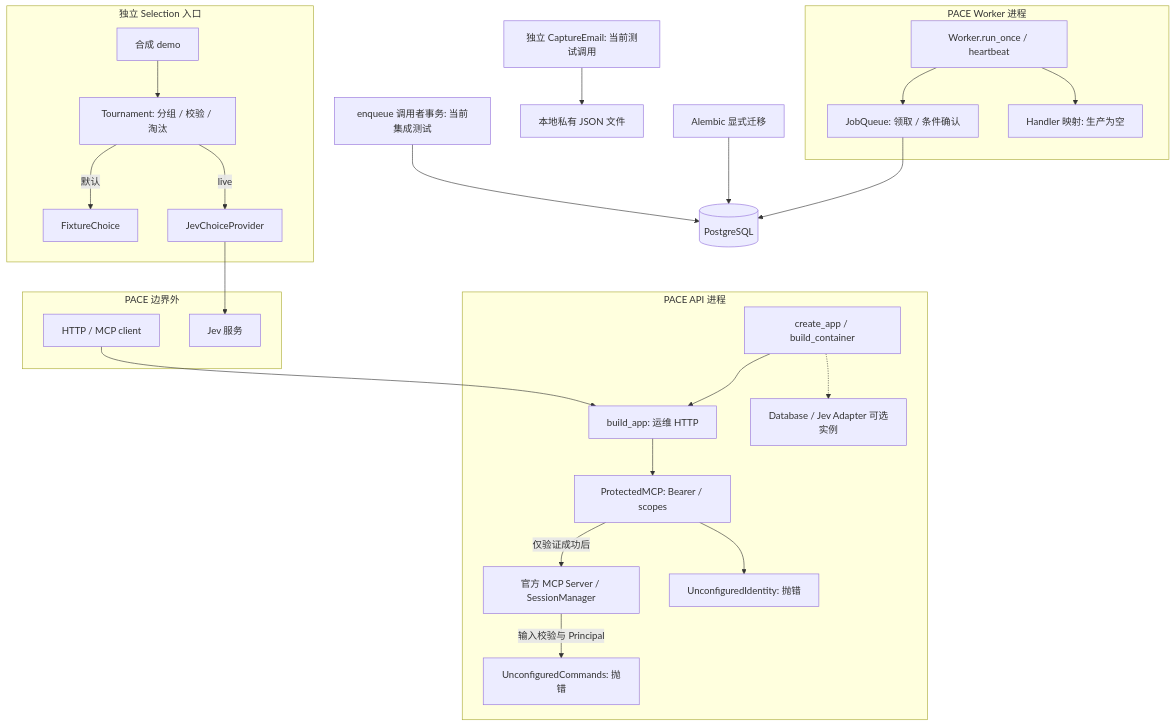
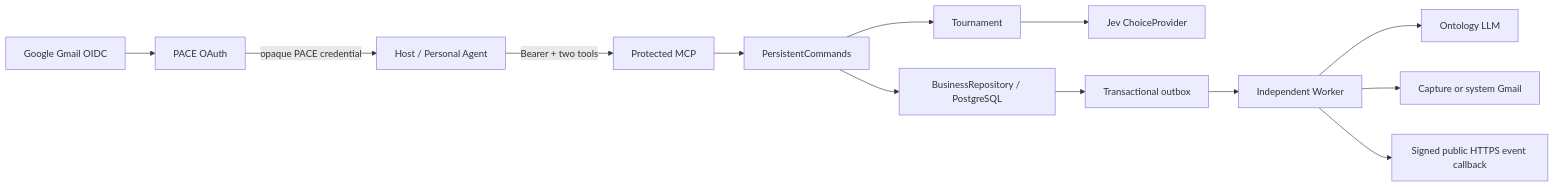
Before and after one commit to gry1024/PACE: the diagram in docs/ARCHITECTURE.md, drawn with Mermaid. The commit also changed other lines of this file and 50 other files, not shown here.

Commit message:
Implement persistent Gmail-based PACE MVP and Host integration

````diff
--- a/docs/ARCHITECTURE.md
+++ b/docs/ARCHITECTURE.md
@@ -19,44 +7,15 @@
 ```mermaid
-flowchart TB
-    subgraph External[PACE 边界外]
-        Client[HTTP / MCP client]
-        Jev[Jev 服务]
-    end
-    subgraph API[PACE API 进程]
-        Main[create_app / build_container]
-        HTTP[build_app: 运维 HTTP]
-        Auth[ProtectedMCP: Bearer / scopes]
-        SDK[官方 MCP Server / SessionManager]
-        Identity[UnconfiguredIdentity: 抛错]
-        Commands[UnconfiguredCommands: 抛错]
-        DBResource[Database / Jev Adapter 可选实例]
-        Main --> HTTP
-        Main -.-> DBResource
-        HTTP --> Auth
-        Auth --> Identity
-        Auth -->|仅验证成功后| SDK
-        SDK -->|输入校验与 Principal| Commands
-    end
-    Client --> HTTP
-    subgraph Selection[独立 Selection 入口]
-        Demo[合成 demo]
-        T[Tournament: 分组 / 校验 / 淘汰]
-        Fixture[FixtureChoice]
-        Provider[JevChoiceProvider]
-        Demo --> T
-        T -->|默认| Fixture
-        T -->|live| Provider
-    end
-    Provider --> Jev
-    subgraph Workers[PACE Worker 进程]
-        W[Worker.run_once / heartbeat]
-        Q[JobQueue: 领取 / 条件确认]
-        H[Handler 映射: 生产为空]
-        W --> Q
-        W --> H
-    end
-    Q --> PG[(PostgreSQL)]
-    Migration[Alembic 显式迁移] --> PG
-    Caller[enqueue 调用者事务: 当前集成测试] --> PG
-    Capture[独立 CaptureEmail: 当前测试调用] --> File[本地私有 JSON 文件]
+flowchart LR
+  H[Host / Personal Agent] -->|Bearer + two tools| M[Protected MCP]
+  G[Google Gmail OIDC] --> A[PACE OAuth]
+  A -->|opaque PACE credential| H
+  M --> C[PersistentCommands]
+  C --> R[BusinessRepository / PostgreSQL]
+  C --> T[Tournament]
+  T --> J[Jev ChoiceProvider]
+  R --> Q[Transactional outbox]
+  Q --> W[Independent Worker]
+  W --> L[Ontology LLM]
+  W --> E[Capture or system Gmail]
+  W --> V[Signed public HTTPS event callback]
 ```
````
